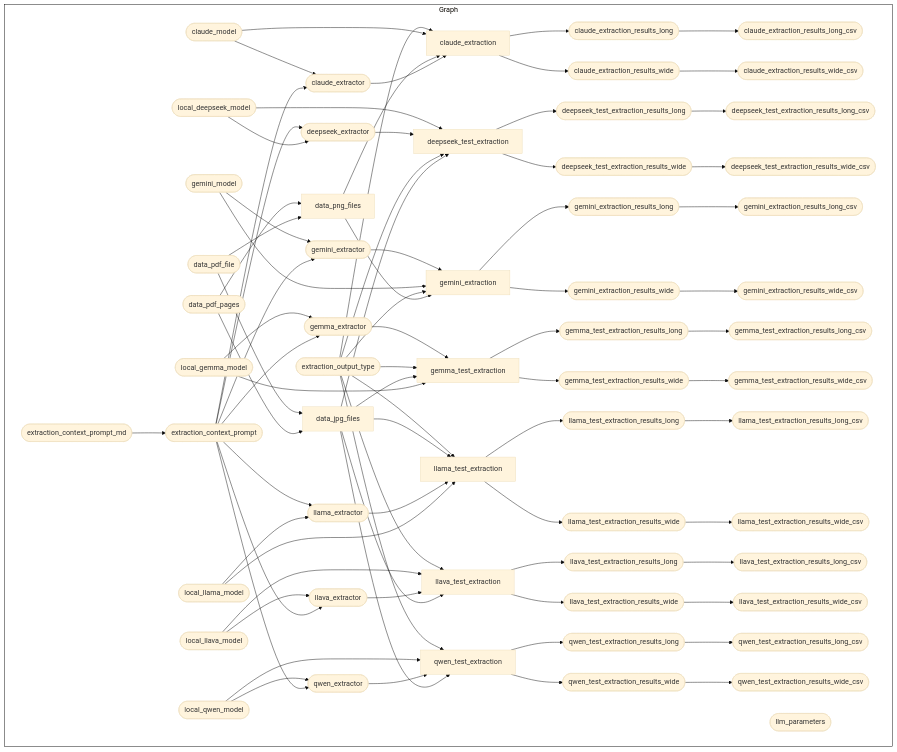
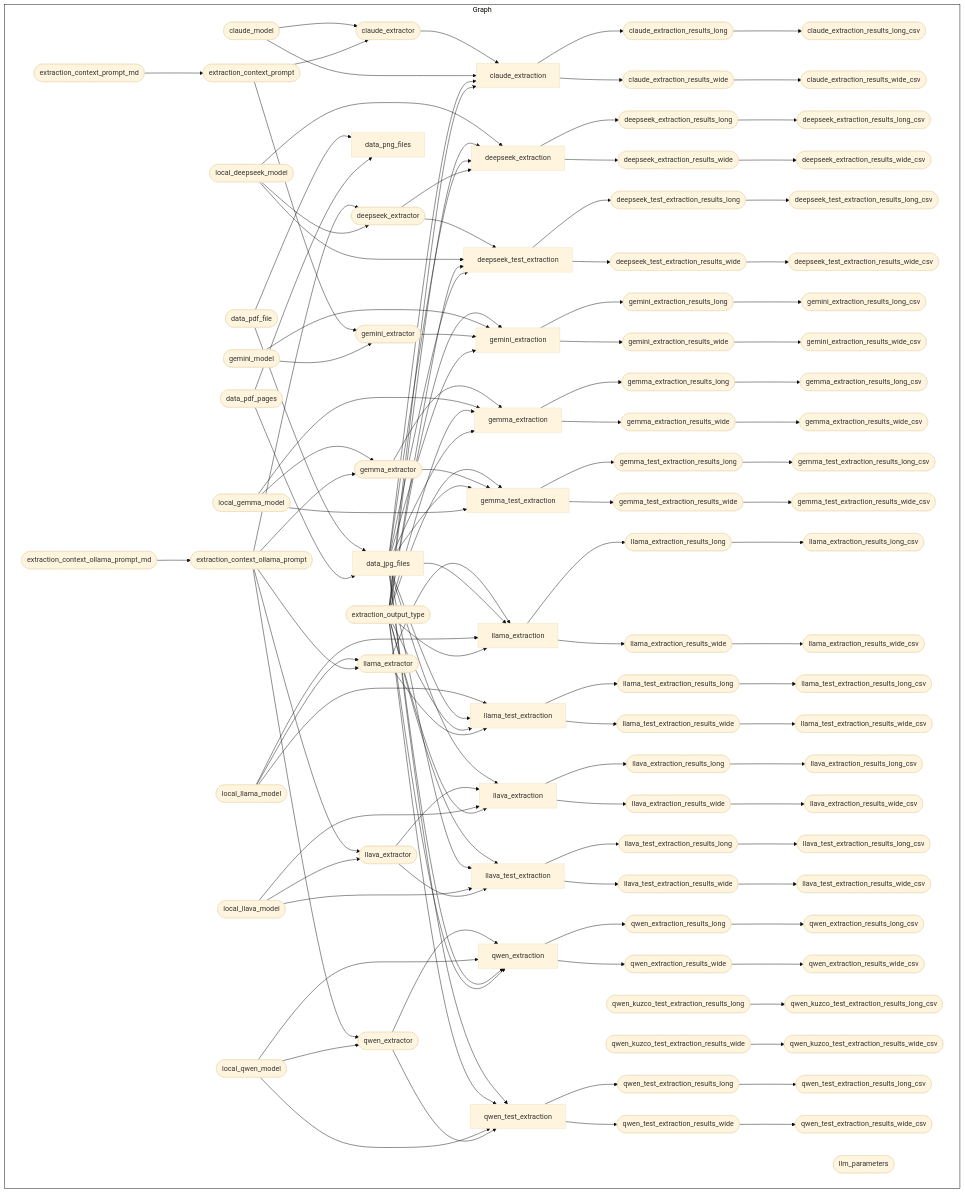
The diagram in README.md (OxfordIHTM/computer-vision-demo), drawn with Mermaid (base theme) before and after one commit. The commit also changed other lines of this file and 2 other files, not shown here.

Commit message:
hash out llama target steps and update README

```diff
--- a/README.md
+++ b/README.md
@@ -233,77 +232,120 @@
   style Graph fill:#FFFFFF00,stroke:#000000;
   subgraph Graph
     direction LR
-    x35a7fe2b14fea884(["claude_extractor"]):::queued --> xbf558aaf2fd08c0e["claude_extraction"]:::queued
-    x6fd840ed377697c4["data_png_files"]:::skipped --> xbf558aaf2fd08c0e["claude_extraction"]:::queued
-    x39d4d013227f0dc3(["claude_model"]):::queued --> xbf558aaf2fd08c0e["claude_extraction"]:::queued
-    x487a49d42720222c(["extraction_output_type"]):::queued --> xbf558aaf2fd08c0e["claude_extraction"]:::queued
-    xbf558aaf2fd08c0e["claude_extraction"]:::queued --> xf7e321d17883c5ef(["claude_extraction_results_long"]):::queued
-    xf7e321d17883c5ef(["claude_extraction_results_long"]):::queued --> xf9a93278d27784db(["claude_extraction_results_long_csv"]):::queued
-    xbf558aaf2fd08c0e["claude_extraction"]:::queued --> x2d9238b8268822f3(["claude_extraction_results_wide"]):::queued
-    x2d9238b8268822f3(["claude_extraction_results_wide"]):::queued --> xe433f203ebf8c762(["claude_extraction_results_wide_csv"]):::queued
-    x982a35c892e245ee(["extraction_context_prompt"]):::queued --> x35a7fe2b14fea884(["claude_extractor"]):::queued
-    x39d4d013227f0dc3(["claude_model"]):::queued --> x35a7fe2b14fea884(["claude_extractor"]):::queued
-    xe79485d2cbaf929c(["data_pdf_pages"]):::skipped --> xcde58b2bce8a2260["data_jpg_files"]:::queued
-    xf64c2f26e3ae28ce(["data_pdf_file"]):::skipped --> xcde58b2bce8a2260["data_jpg_files"]:::queued
-    xf64c2f26e3ae28ce(["data_pdf_file"]):::skipped --> x6fd840ed377697c4["data_png_files"]:::skipped
-    xe79485d2cbaf929c(["data_pdf_pages"]):::skipped --> x6fd840ed377697c4["data_png_files"]:::skipped
+    x35a7fe2b14fea884(["claude_extractor"]):::skipped --> xbf558aaf2fd08c0e["claude_extraction"]:::completed
+    x39d4d013227f0dc3(["claude_model"]):::skipped --> xbf558aaf2fd08c0e["claude_extraction"]:::completed
+    xcde58b2bce8a2260["data_jpg_files"]:::skipped --> xbf558aaf2fd08c0e["claude_extraction"]:::completed
+    x487a49d42720222c(["extraction_output_type"]):::skipped --> xbf558aaf2fd08c0e["claude_extraction"]:::completed
+    xbf558aaf2fd08c0e["claude_extraction"]:::completed --> xf7e321d17883c5ef(["claude_extraction_results_long"]):::completed
+    xf7e321d17883c5ef(["claude_extraction_results_long"]):::completed --> xf9a93278d27784db(["claude_extraction_results_long_csv"]):::completed
+    xbf558aaf2fd08c0e["claude_extraction"]:::completed --> x2d9238b8268822f3(["claude_extraction_results_wide"]):::completed
+    x2d9238b8268822f3(["claude_extraction_results_wide"]):::completed --> xe433f203ebf8c762(["claude_extraction_results_wide_csv"]):::completed
+    x39d4d013227f0dc3(["claude_model"]):::skipped --> x35a7fe2b14fea884(["claude_extractor"]):::skipped
+    x982a35c892e245ee(["extraction_context_prompt"]):::skipped --> x35a7fe2b14fea884(["claude_extractor"]):::skipped
+    xf64c2f26e3ae28ce(["data_pdf_file"]):::skipped --> xcde58b2bce8a2260["data_jpg_files"]:::skipped
+    xe79485d2cbaf929c(["data_pdf_pages"]):::skipped --> xcde58b2bce8a2260["data_jpg_files"]:::skipped
+    xf64c2f26e3ae28ce(["data_pdf_file"]):::skipped --> x6fd840ed377697c4["data_png_files"]:::queued
+    xe79485d2cbaf929c(["data_pdf_pages"]):::skipped --> x6fd840ed377697c4["data_png_files"]:::queued
+    xb957a37aad5b67c5(["local_deepseek_model"]):::queued --> xb9f66fc85a4f1ea1["deepseek_extraction"]:::queued
+    x487a49d42720222c(["extraction_output_type"]):::skipped --> xb9f66fc85a4f1ea1["deepseek_extraction"]:::queued
+    xcde58b2bce8a2260["data_jpg_files"]:::skipped --> xb9f66fc85a4f1ea1["deepseek_extraction"]:::queued
+    xf407d53739ed0632(["deepseek_extractor"]):::queued --> xb9f66fc85a4f1ea1["deepseek_extraction"]:::queued
+    xb9f66fc85a4f1ea1["deepseek_extraction"]:::queued --> x9d3427148e3c7932(["deepseek_extraction_results_long"]):::queued
+    x9d3427148e3c7932(["deepseek_extraction_results_long"]):::queued --> xe28ab1ac941e0e79(["deepseek_extraction_results_long_csv"]):::queued
+    xb9f66fc85a4f1ea1["deepseek_extraction"]:::queued --> x7702ede3c10795a2(["deepseek_extraction_results_wide"]):::queued
+    x7702ede3c10795a2(["deepseek_extraction_results_wide"]):::queued --> x3a91cc767d5c7ea7(["deepseek_extraction_results_wide_csv"]):::queued
+    xd80b74a2359c73d0(["extraction_context_ollama_prompt"]):::queued --> xf407d53739ed0632(["deepseek_extractor"]):::queued
     xb957a37aad5b67c5(["local_deepseek_model"]):::queued --> xf407d53739ed0632(["deepseek_extractor"]):::queued
-    x982a35c892e245ee(["extraction_context_prompt"]):::queued --> xf407d53739ed0632(["deepseek_extractor"]):::queued
-    xcde58b2bce8a2260["data_jpg_files"]:::queued --> xe59d676cc895fc8f["deepseek_test_extraction"]:::queued
-    x487a49d42720222c(["extraction_output_type"]):::queued --> xe59d676cc895fc8f["deepseek_test_extraction"]:::queued
     xf407d53739ed0632(["deepseek_extractor"]):::queued --> xe59d676cc895fc8f["deepseek_test_extraction"]:::queued
     xb957a37aad5b67c5(["local_deepseek_model"]):::queued --> xe59d676cc895fc8f["deepseek_test_extraction"]:::queued
+    x487a49d42720222c(["extraction_output_type"]):::skipped --> xe59d676cc895fc8f["deepseek_test_extraction"]:::queued
+    xcde58b2bce8a2260["data_jpg_files"]:::skipped --> xe59d676cc895fc8f["deepseek_test_extraction"]:::queued
     xe59d676cc895fc8f["deepseek_test_extraction"]:::queued --> x6c665d10c6870385(["deepseek_test_extraction_results_long"]):::queued
     x6c665d10c6870385(["deepseek_test_extraction_results_long"]):::queued --> x30ec6b0f291bd945(["deepseek_test_extraction_results_long_csv"]):::queued
     xe59d676cc895fc8f["deepseek_test_extraction"]:::queued --> xa451048dda449ee3(["deepseek_test_extraction_results_wide"]):::queued
     xa451048dda449ee3(["deepseek_test_extraction_results_wide"]):::queued --> x4225704dcf8d5b90(["deepseek_test_extraction_results_wide_csv"]):::queued
-    xa765f8be0f1473b7(["extraction_context_prompt_md"]):::queued --> x982a35c892e245ee(["extraction_context_prompt"]):::queued
-    x6fd840ed377697c4["data_png_files"]:::skipped --> xd63226de7dd05e61["gemini_extraction"]:::queued
-    x487a49d42720222c(["extraction_output_type"]):::queued --> xd63226de7dd05e61["gemini_extraction"]:::queued
+    x19b243cb36860f10(["extraction_context_ollama_prompt_md"]):::queued --> xd80b74a2359c73d0(["extraction_context_ollama_prompt"]):::queued
+    xa765f8be0f1473b7(["extraction_context_prompt_md"]):::skipped --> x982a35c892e245ee(["extraction_context_prompt"]):::skipped
+    x487a49d42720222c(["extraction_output_type"]):::skipped --> xd63226de7dd05e61["gemini_extraction"]:::queued
     x672b0658cd7f304b(["gemini_model"]):::queued --> xd63226de7dd05e61["gemini_extraction"]:::queued
     x8cb7c7e0b9710ea2(["gemini_extractor"]):::queued --> xd63226de7dd05e61["gemini_extraction"]:::queued
+    xcde58b2bce8a2260["data_jpg_files"]:::skipped --> xd63226de7dd05e61["gemini_extraction"]:::queued
     xd63226de7dd05e61["gemini_extraction"]:::queued --> x74163c06113c69a6(["gemini_extraction_results_long"]):::queued
     x74163c06113c69a6(["gemini_extraction_results_long"]):::queued --> xe689a9e1837e69cd(["gemini_extraction_results_long_csv"]):::queued
     xd63226de7dd05e61["gemini_extraction"]:::queued --> x42136a1fb4ba6630(["gemini_extraction_results_wide"]):::queued
     x42136a1fb4ba6630(["gemini_extraction_results_wide"]):::queued --> xdc3f4afed08325fd(["gemini_extraction_results_wide_csv"]):::queued
-    x982a35c892e245ee(["extraction_context_prompt"]):::queued --> x8cb7c7e0b9710ea2(["gemini_extractor"]):::queued
+    x982a35c892e245ee(["extraction_context_prompt"]):::skipped --> x8cb7c7e0b9710ea2(["gemini_extractor"]):::queued
     x672b0658cd7f304b(["gemini_model"]):::queued --> x8cb7c7e0b9710ea2(["gemini_extractor"]):::queued
-    x982a35c892e245ee(["extraction_context_prompt"]):::queued --> xbdacf1efe57d11ba(["gemma_extractor"]):::queued
+    xbdacf1efe57d11ba(["gemma_extractor"]):::queued --> x2f31c96882d08d36["gemma_extraction"]:::queued
+    xba597cd142706396(["local_gemma_model"]):::queued --> x2f31c96882d08d36["gemma_extraction"]:::queued
+    x487a49d42720222c(["extraction_output_type"]):::skipped --> x2f31c96882d08d36["gemma_extraction"]:::queued
+    xcde58b2bce8a2260["data_jpg_files"]:::skipped --> x2f31c96882d08d36["gemma_extraction"]:::queued
+    x2f31c96882d08d36["gemma_extraction"]:::queued --> x7e34c15b1d973e25(["gemma_extraction_results_long"]):::queued
+    x7e34c15b1d973e25(["gemma_extraction_results_long"]):::queued --> x8a71c7458dd683e5(["gemma_extraction_results_long_csv"]):::queued
+    x2f31c96882d08d36["gemma_extraction"]:::queued --> xa07b32cf519821a0(["gemma_extraction_results_wide"]):::queued
+    xa07b32cf519821a0(["gemma_extraction_results_wide"]):::queued --> x5519b8ccb400447f(["gemma_extraction_results_wide_csv"]):::queued
     xba597cd142706396(["local_gemma_model"]):::queued --> xbdacf1efe57d11ba(["gemma_extractor"]):::queued
+    xd80b74a2359c73d0(["extraction_context_ollama_prompt"]):::queued --> xbdacf1efe57d11ba(["gemma_extractor"]):::queued
+    x487a49d42720222c(["extraction_output_type"]):::skipped --> x883eafa12b623704["gemma_test_extraction"]:::queued
+    xbdacf1efe57d11ba(["gemma_extractor"]):::queued --> x883eafa12b623704["gemma_test_extraction"]:::queued
+    xcde58b2bce8a2260["data_jpg_files"]:::skipped --> x883eafa12b623704["gemma_test_extraction"]:::queued
     xba597cd142706396(["local_gemma_model"]):::queued --> x883eafa12b623704["gemma_test_extraction"]:::queued
-    xcde58b2bce8a2260["data_jpg_files"]:::queued --> x883eafa12b623704["gemma_test_extraction"]:::queued
-    x487a49d42720222c(["extraction_output_type"]):::queued --> x883eafa12b623704["gemma_test_extraction"]:::queued
-    xbdacf1efe57d11ba(["gemma_extractor"]):::queued --> x883eafa12b623704["gemma_test_extraction"]:::queued
     x883eafa12b623704["gemma_test_extraction"]:::queued --> x36d8fe351758d6a9(["gemma_test_extraction_results_long"]):::queued
     x36d8fe351758d6a9(["gemma_test_extraction_results_long"]):::queued --> x1ec973b6bac53778(["gemma_test_extraction_results_long_csv"]):::queued
     x883eafa12b623704["gemma_test_extraction"]:::queued --> x0ce1edbb890bba38(["gemma_test_extraction_results_wide"]):::queued
     x0ce1edbb890bba38(["gemma_test_extraction_results_wide"]):::queued --> x387ba000a6d84241(["gemma_test_extraction_results_wide_csv"]):::queued
+    xf54b87b127ae79c8(["llama_extractor"]):::queued --> x6f31f87e06ee8820["llama_extraction"]:::queued
+    xcde58b2bce8a2260["data_jpg_files"]:::skipped --> x6f31f87e06ee8820["llama_extraction"]:::queued
+    x99f03a7148fda570(["local_llama_model"]):::queued --> x6f31f87e06ee8820["llama_extraction"]:::queued
+    x487a49d42720222c(["extraction_output_type"]):::skipped --> x6f31f87e06ee8820["llama_extraction"]:::queued
+    x6f31f87e06ee8820["llama_extraction"]:::queued --> x74791c0b6358b98f(["llama_extraction_results_long"]):::queued
+    x74791c0b6358b98f(["llama_extraction_results_long"]):::queued --> x99a3eb2c47cbd1a4(["llama_extraction_results_long_csv"]):::queued
+    x6f31f87e06ee8820["llama_extraction"]:::queued --> xc16268b45142fae1(["llama_extraction_results_wide"]):::queued
+    xc16268b45142fae1(["llama_extraction_results_wide"]):::queued --> x7d3021936e3da253(["llama_extraction_results_wide_csv"]):::queued
     x99f03a7148fda570(["local_llama_model"]):::queued --> xf54b87b127ae79c8(["llama_extractor"]):::queued
-    x982a35c892e245ee(["extraction_context_prompt"]):::queued --> xf54b87b127ae79c8(["llama_extractor"]):::queued
+    xd80b74a2359c73d0(["extraction_context_ollama_prompt"]):::queued --> xf54b87b127ae79c8(["llama_extractor"]):::queued
     x99f03a7148fda570(["local_llama_model"]):::queued --> x292cd34918802a30["llama_test_extraction"]:::queued
+    xcde58b2bce8a2260["data_jpg_files"]:::skipped --> x292cd34918802a30["llama_test_extraction"]:::queued
+    x487a49d42720222c(["extraction_output_type"]):::skipped --> x292cd34918802a30["llama_test_extraction"]:::queued
     xf54b87b127ae79c8(["llama_extractor"]):::queued --> x292cd34918802a30["llama_test_extraction"]:::queued
-    xcde58b2bce8a2260["data_jpg_files"]:::queued --> x292cd34918802a30["llama_test_extraction"]:::queued
-    x487a49d42720222c(["extraction_output_type"]):::queued --> x292cd34918802a30["llama_test_extraction"]:::queued
     x292cd34918802a30["llama_test_extraction"]:::queued --> xb195ded487b977ce(["llama_test_extraction_results_long"]):::queued
     xb195ded487b977ce(["llama_test_extraction_results_long"]):::queued --> x550e0ece622c7bdc(["llama_test_extraction_results_long_csv"]):::queued
     x292cd34918802a30["llama_test_extraction"]:::queued --> x5abecee1789838c7(["llama_test_extraction_results_wide"]):::queued
     x5abecee1789838c7(["llama_test_extraction_results_wide"]):::queued --> x4ef467aedd875f25(["llama_test_extraction_results_wide_csv"]):::queued
-    x982a35c892e245ee(["extraction_context_prompt"]):::queued --> x0de051b4924b82bb(["llava_extractor"]):::queued
+    xcde58b2bce8a2260["data_jpg_files"]:::skipped --> x7d2a167978f3a966["llava_extraction"]:::queued
+    x0de051b4924b82bb(["llava_extractor"]):::queued --> x7d2a167978f3a966["llava_extraction"]:::queued
+    x0621d4c5bb5ff06b(["local_llava_model"]):::queued --> x7d2a167978f3a966["llava_extraction"]:::queued
+    x487a49d42720222c(["extraction_output_type"]):::skipped --> x7d2a167978f3a966["llava_extraction"]:::queued
+    x7d2a167978f3a966["llava_extraction"]:::queued --> x3a0b0dbad48893f7(["llava_extraction_results_long"]):::queued
+    x3a0b0dbad48893f7(["llava_extraction_results_long"]):::queued --> x75c092d2404cb20e(["llava_extraction_results_long_csv"]):::queued
+    x7d2a167978f3a966["llava_extraction"]:::queued --> x262523e0f122aefe(["llava_extraction_results_wide"]):::queued
+    x262523e0f122aefe(["llava_extraction_results_wide"]):::queued --> x548ef0395fb55db8(["llava_extraction_results_wide_csv"]):::queued
+    xd80b74a2359c73d0(["extraction_context_ollama_prompt"]):::queued --> x0de051b4924b82bb(["llava_extractor"]):::queued
     x0621d4c5bb5ff06b(["local_llava_model"]):::queued --> x0de051b4924b82bb(["llava_extractor"]):::queued
-    xcde58b2bce8a2260["data_jpg_files"]:::queued --> x9b13583cb72b43c0["llava_test_extraction"]:::queued
+    x487a49d42720222c(["extraction_output_type"]):::skipped --> x9b13583cb72b43c0["llava_test_extraction"]:::queued
+    xcde58b2bce8a2260["data_jpg_files"]:::skipped --> x9b13583cb72b43c0["llava_test_extraction"]:::queued
+    x0621d4c5bb5ff06b(["local_llava_model"]):::queued --> x9b13583cb72b43c0["llava_test_extraction"]:::queued
     x0de051b4924b82bb(["llava_extractor"]):::queued --> x9b13583cb72b43c0["llava_test_extraction"]:::queued
-    x0621d4c5bb5ff06b(["local_llava_model"]):::queued --> x9b13583cb72b43c0["llava_test_extraction"]:::queued
-    x487a49d42720222c(["extraction_output_type"]):::queued --> x9b13583cb72b43c0["llava_test_extraction"]:::queued
     x9b13583cb72b43c0["llava_test_extraction"]:::queued --> x319f594111601f0f(["llava_test_extraction_results_long"]):::queued
     x319f594111601f0f(["llava_test_extraction_results_long"]):::queued --> x2dacde614d6a9bfc(["llava_test_extraction_results_long_csv"]):::queued
     x9b13583cb72b43c0["llava_test_extraction"]:::queued --> x43c3f787880b2df8(["llava_test_extraction_results_wide"]):::queued
     x43c3f787880b2df8(["llava_test_extraction_results_wide"]):::queued --> xb18bb5f97a082448(["llava_test_extraction_results_wide_csv"]):::queued
-    x982a35c892e245ee(["extraction_context_prompt"]):::queued --> x15a3fb4d9a651239(["qwen_extractor"]):::queued
+    x15a3fb4d9a651239(["qwen_extractor"]):::queued --> x5548d9f90749db86["qwen_extraction"]:::queued
+    x01ce8cbced893885(["local_qwen_model"]):::queued --> x5548d9f90749db86["qwen_extraction"]:::queued
+    xcde58b2bce8a2260["data_jpg_files"]:::skipped --> x5548d9f90749db86["qwen_extraction"]:::queued
+    x487a49d42720222c(["extraction_output_type"]):::skipped --> x5548d9f90749db86["qwen_extraction"]:::queued
+    x5548d9f90749db86["qwen_extraction"]:::queued --> xa114d4d648a2a1db(["qwen_extraction_results_long"]):::queued
+    xa114d4d648a2a1db(["qwen_extraction_results_long"]):::queued --> x6fcfa845364f7247(["qwen_extraction_results_long_csv"]):::queued
+    x5548d9f90749db86["qwen_extraction"]:::queued --> xe9a3b44daee2cf8f(["qwen_extraction_results_wide"]):::queued
+    xe9a3b44daee2cf8f(["qwen_extraction_results_wide"]):::queued --> x16e36df12993dae3(["qwen_extraction_results_wide_csv"]):::queued
+    xd80b74a2359c73d0(["extraction_context_ollama_prompt"]):::queued --> x15a3fb4d9a651239(["qwen_extractor"]):::queued
     x01ce8cbced893885(["local_qwen_model"]):::queued --> x15a3fb4d9a651239(["qwen_extractor"]):::queued
-    xcde58b2bce8a2260["data_jpg_files"]:::queued --> xd726feef05e5de04["qwen_test_extraction"]:::queued
+    xc28e6066bb823e2b(["qwen_kuzco_test_extraction_results_long"]):::queued --> xeb634db71f928615(["qwen_kuzco_test_extraction_results_long_csv"]):::queued
+    x6d050fa6478c00d5(["qwen_kuzco_test_extraction_results_wide"]):::queued --> x8f1a23bed1fd313c(["qwen_kuzco_test_extraction_results_wide_csv"]):::queued
+    xcde58b2bce8a2260["data_jpg_files"]:::skipped --> xd726feef05e5de04["qwen_test_extraction"]:::queued
+    x487a49d42720222c(["extraction_output_type"]):::skipped --> xd726feef05e5de04["qwen_test_extraction"]:::queued
+    x01ce8cbced893885(["local_qwen_model"]):::queued --> xd726feef05e5de04["qwen_test_extraction"]:::queued
     x15a3fb4d9a651239(["qwen_extractor"]):::queued --> xd726feef05e5de04["qwen_test_extraction"]:::queued
-    x01ce8cbced893885(["local_qwen_model"]):::queued --> xd726feef05e5de04["qwen_test_extraction"]:::queued
-    x487a49d42720222c(["extraction_output_type"]):::queued --> xd726feef05e5de04["qwen_test_extraction"]:::queued
     xd726feef05e5de04["qwen_test_extraction"]:::queued --> xf4353db910e1d59b(["qwen_test_extraction_results_long"]):::queued
     xf4353db910e1d59b(["qwen_test_extraction_results_long"]):::queued --> x3988122db08b148d(["qwen_test_extraction_results_long_csv"]):::queued
     xd726feef05e5de04["qwen_test_extraction"]:::queued --> x51c9e4dda51c1eea(["qwen_test_extraction_results_wide"]):::queued
```
